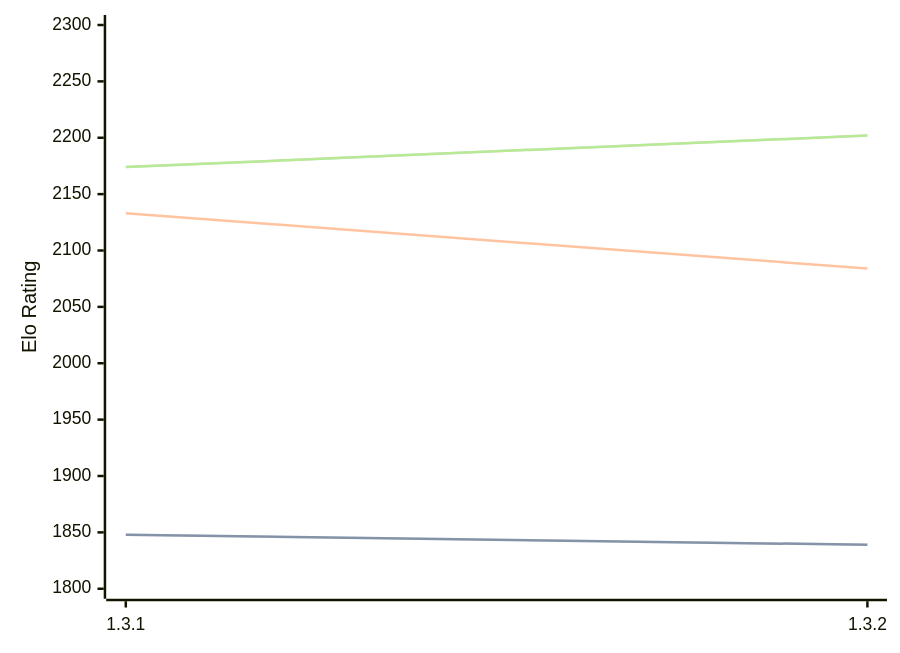
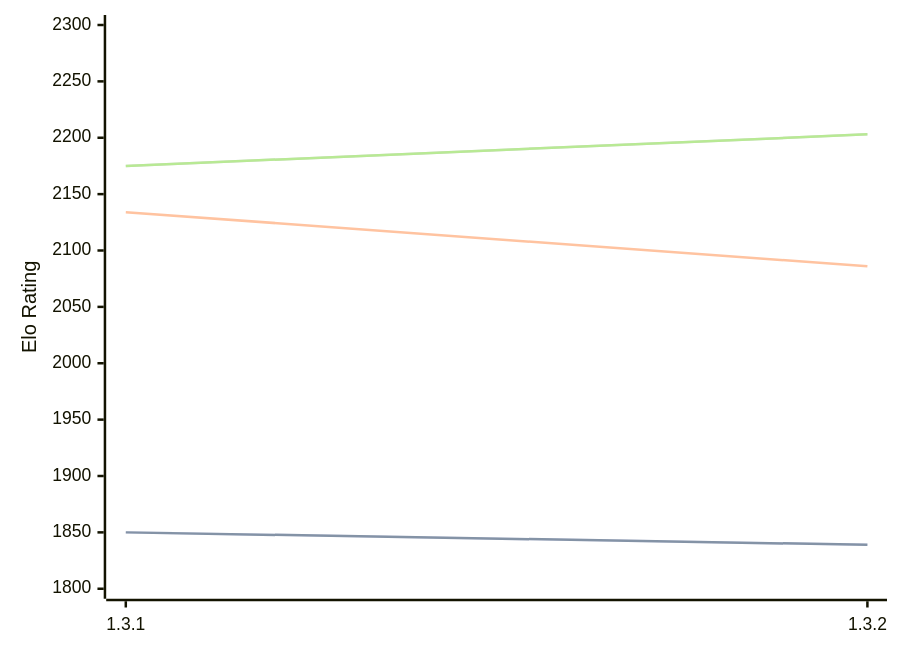
Before and after one commit to computer-chess-index/cci: the diagram in engines/Zugblitz.md, drawn with Mermaid. The commit also changed other lines of this file, not shown here.

Commit message:
Update CCI Ratings (ELO VLTC) - 2026-08-09

````diff
--- a/engines/Zugblitz.md
+++ b/engines/Zugblitz.md
@@ -32,11 +32,11 @@
 ```mermaid
 %%{init: {"theme":"base","themeVariables":{"seriesColors:['#a3a3a3','#222221','#faa371']}}}%%
 xychart-beta
   x-axis ["1.3.1", "1.3.2"]
   y-axis "Elo Rating" 1800 --> 2300
-  line "STC (8.0+0.08s)" [1848, 1839]
-  line "STC (8.0+0.08s)" [1848, 1839]
-  line "LTC (60.0+0.60s)" [2133, 2084]
-  line "VLTC (2m24s+1.12s)" [2174, 2202]
-  line "VLTC (2m24s+1.12s)" [2174, 2202]
+  line "STC (8.0+0.08s)" [1850, 1839]
+  line "STC (8.0+0.08s)" [1850, 1839]
+  line "LTC (60.0+0.60s)" [2134, 2086]
+  line "VLTC (2m24s+1.12s)" [2175, 2203]
+  line "VLTC (2m24s+1.12s)" [2175, 2203]
 ```
````
